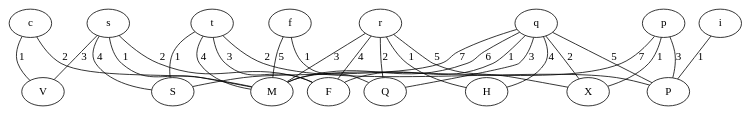
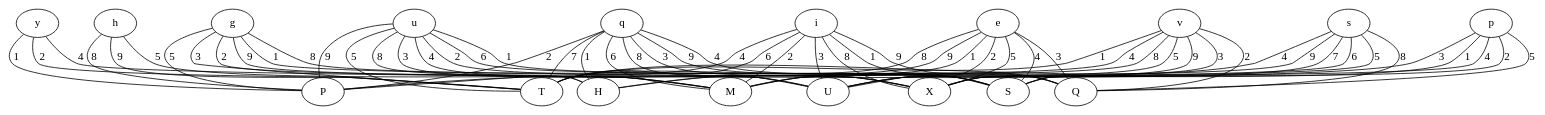
One commit to eugene-eeo/ecol changed the diagram in abc.gv. Above: the diagram before and after it, drawn with Graphviz. The commit also changed 2 other files, not shown here.

```diff
--- a/abc.gv
+++ b/abc.gv
@@ -1,46 +1,80 @@
 graph {
+	u [label=u]
+	p [label=p]
+	y [label=y]
+	e [label=e]
+	i [label=i]
+	v [label=v]
+	h [label=h]
+	q [label=q]
+	g [label=g]
 	s [label=s]
-	c [label=c]
-	t [label=t]
-	r [label=r]
-	f [label=f]
-	i [label=i]
-	q [label=q]
-	p [label=p]
+	H [label=H]
+	T [label=T]
+	S [label=S]
+	U [label=U]
+	X [label=X]
+	P [label=P]
 	Q [label=Q]
-	H [label=H]
-	F [label=F]
-	S [label=S]
-	P [label=P]
-	X [label=X]
-	V [label=V]
 	M [label=M]
-	s -- M [label=1]
-	s -- F [label=2]
-	s -- V [label=3]
-	s -- S [label=4]
-	c -- M [label=2]
-	c -- V [label=1]
-	t -- S [label=1]
-	t -- F [label=3]
-	t -- P [label=2]
-	t -- M [label=4]
-	r -- M [label=3]
-	r -- H [label=1]
-	r -- F [label=4]
-	r -- Q [label=2]
-	r -- X [label=5]
-	f -- M [label=5]
-	f -- Q [label=1]
-	i -- P [label=1]
-	q -- F [label=1]
-	q -- Q [label=3]
-	q -- X [label=2]
-	q -- H [label=4]
-	q -- P [label=5]
+	u -- Q [label=1]
+	u -- X [label=2]
+	u -- M [label=3]
+	u -- U [label=4]
+	u -- T [label=5]
+	u -- H [label=8]
+	u -- P [label=9]
+	u -- S [label=6]
+	p -- U [label=1]
+	p -- S [label=2]
+	p -- P [label=3]
+	p -- X [label=4]
+	p -- Q [label=5]
+	y -- P [label=1]
+	y -- T [label=2]
+	y -- M [label=4]
+	e -- M [label=1]
+	e -- U [label=2]
+	e -- Q [label=3]
+	e -- S [label=4]
+	e -- X [label=5]
+	e -- T [label=8]
+	e -- H [label=9]
+	i -- U [label=3]
+	i -- M [label=2]
+	i -- P [label=4]
+	i -- S [label=1]
+	i -- X [label=8]
+	i -- Q [label=9]
+	i -- T [label=6]
+	v -- T [label=1]
+	v -- U [label=5]
+	v -- X [label=9]
+	v -- M [label=8]
+	v -- Q [label=2]
+	v -- S [label=3]
+	v -- H [label=4]
+	h -- T [label=9]
+	h -- M [label=5]
+	h -- P [label=8]
+	q -- U [label=8]
+	q -- H [label=1]
+	q -- X [label=3]
+	q -- Q [label=4]
+	q -- T [label=7]
+	q -- S [label=9]
+	q -- P [label=2]
 	q -- M [label=6]
-	q -- S [label=7]
-	p -- P [label=3]
-	p -- X [label=1]
-	p -- M [label=7]
+	g -- U [label=9]
+	g -- X [label=1]
+	g -- P [label=5]
+	g -- T [label=3]
+	g -- H [label=2]
+	g -- S [label=8]
+	s -- Q [label=8]
+	s -- X [label=6]
+	s -- U [label=7]
+	s -- S [label=5]
+	s -- T [label=4]
+	s -- M [label=9]
 }
```
